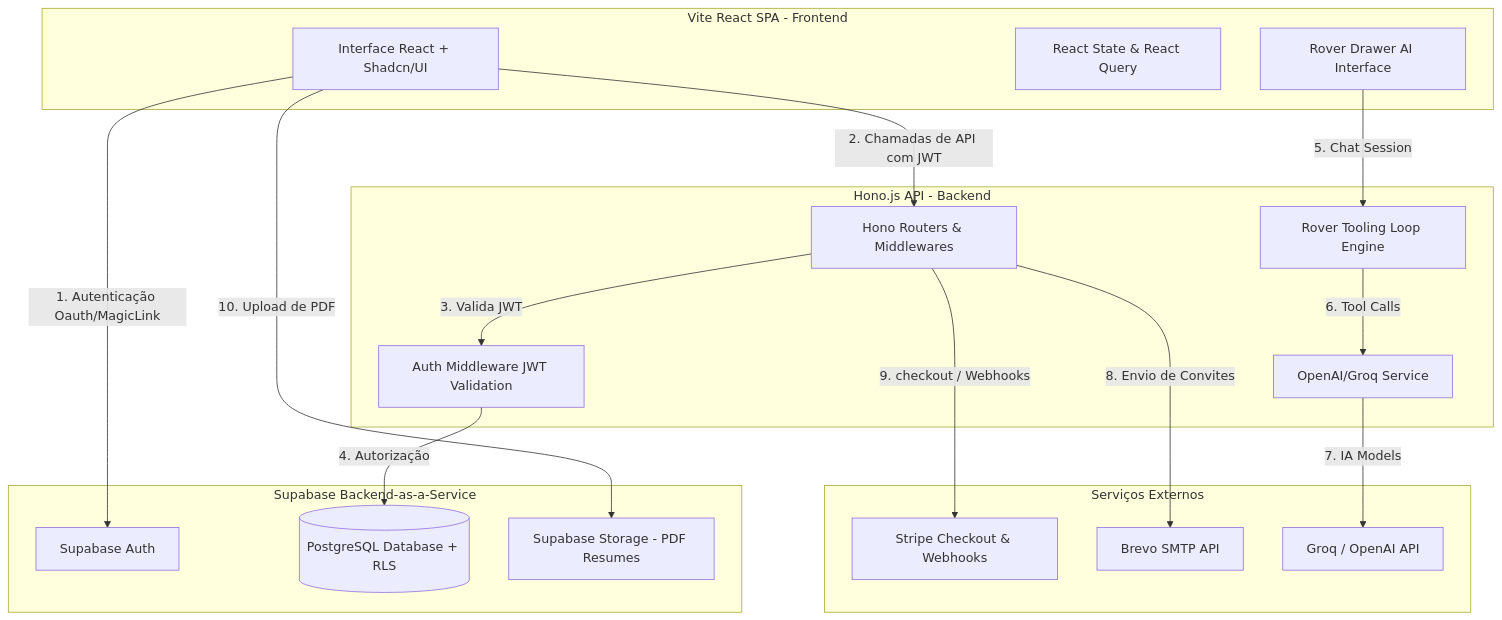
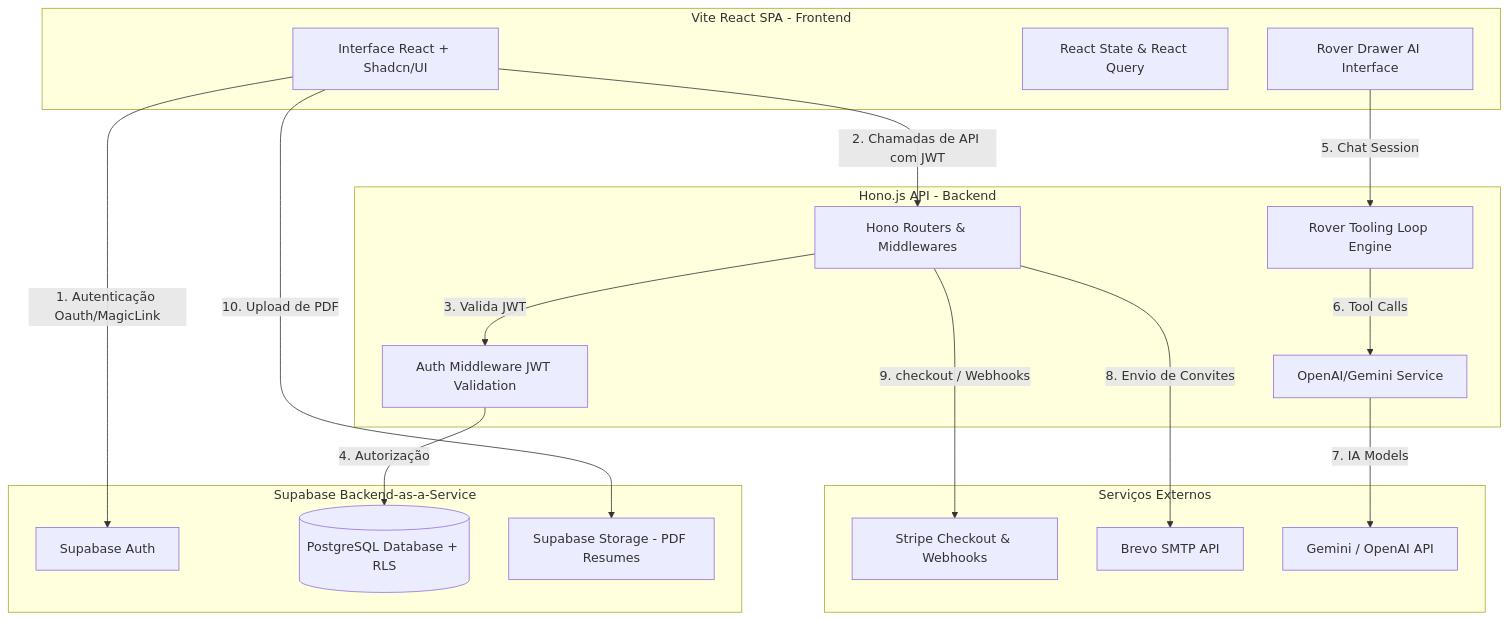
One commit to paulpessoa/estagionauta changed the diagram in README.md. Above: the diagram before and after it, drawn with Mermaid. The commit also changed other lines of this file and 11 other files, not shown here.

Commit message:
feat: replace groq with gemini api (google ai studio free tier)

````diff
--- a/README.md
+++ b/README.md
@@ -13,42 +13,42 @@
 ```mermaid
 graph TD
     %% Frontend Layer
     subgraph Frontend [Vite React SPA - Frontend]
         UI[Interface React + Shadcn/UI]
         State[React State & React Query]
         RoverDrawer[Rover Drawer AI Interface]
     end
 
     %% Backend Layer
     subgraph Backend [Hono.js API - Backend]
         Router[Hono Routers & Middlewares]
         AuthMid[Auth Middleware JWT Validation]
         RoverEngine[Rover Tooling Loop Engine]
-        AIService[OpenAI/Groq Service]
+        AIService[OpenAI/Gemini Service]
     end
 
     %% Database & External Services
     subgraph DB [Supabase Backend-as-a-Service]
         SAuth[Supabase Auth]
         SDB[(PostgreSQL Database + RLS)]
         SStorage[Supabase Storage - PDF Resumes]
     end
 
     subgraph External [Serviços Externos]
         Stripe[Stripe Checkout & Webhooks]
         Brevo[Brevo SMTP API]
-        Groq[Groq / OpenAI API]
+        Gemini[Gemini / OpenAI API]
     end
 
     %% Interactions
     UI -->|1. Autenticação Oauth/MagicLink| SAuth
     UI -->|2. Chamadas de API com JWT| Router
     Router -->|3. Valida JWT| AuthMid
     AuthMid -->|4. Autorização| SDB
     RoverDrawer -->|5. Chat Session| RoverEngine
     RoverEngine -->|6. Tool Calls| AIService
-    AIService -->|7. IA Models| Groq
+    AIService -->|7. IA Models| Gemini
     Router -->|8. Envio de Convites| Brevo
     Router -->|9. checkout / Webhooks| Stripe
     UI -->|10. Upload de PDF| SStorage
 ```
````
